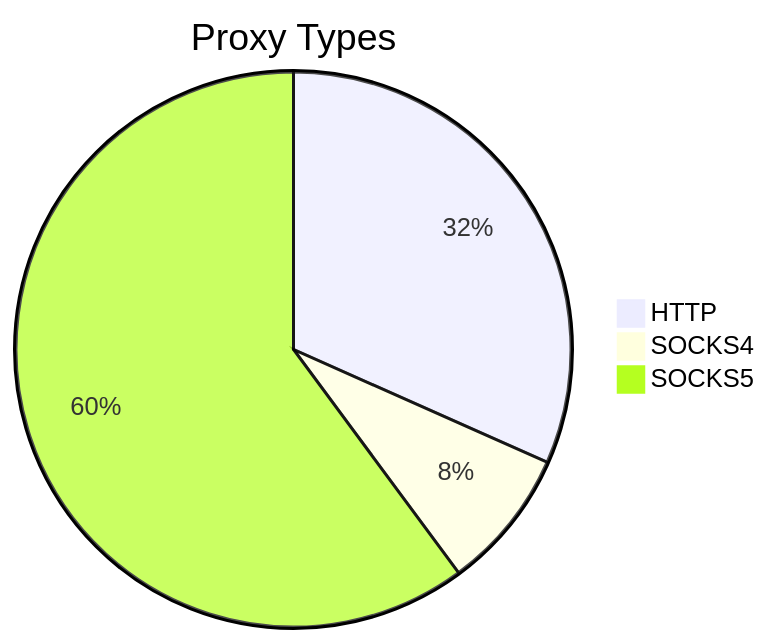
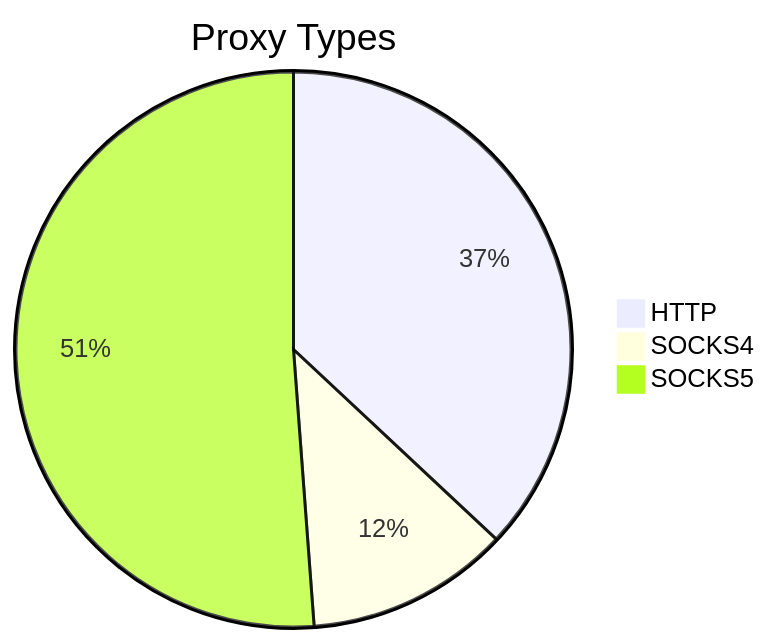
The first of 2 diagrams in README.md (stormsia/proxy-list), drawn with Mermaid before and after one commit. The commit also changed other lines of this file, not shown here.

````diff
--- a/README.md
+++ b/README.md
@@ -21,6 +21,6 @@
 ```mermaid
 pie title Proxy Types
-    "HTTP" : 189
-    "SOCKS4" : 49
-    "SOCKS5" : 359
+    "HTTP" : 156
+    "SOCKS4" : 50
+    "SOCKS5" : 216
 ```
````
